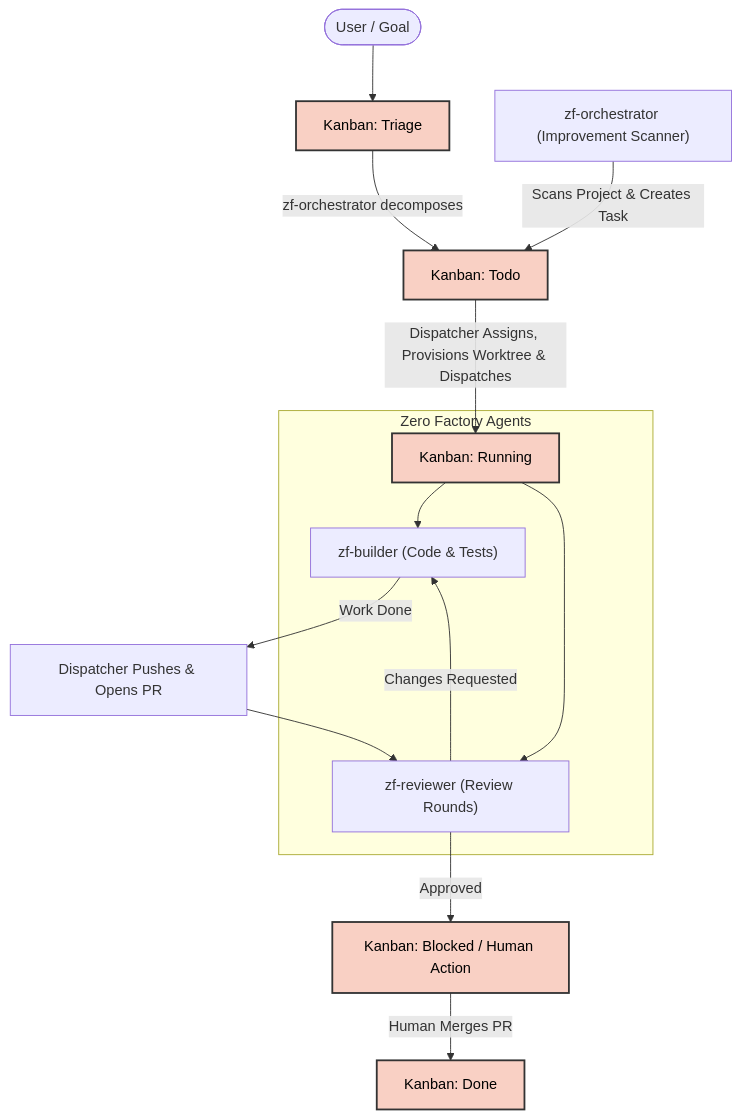
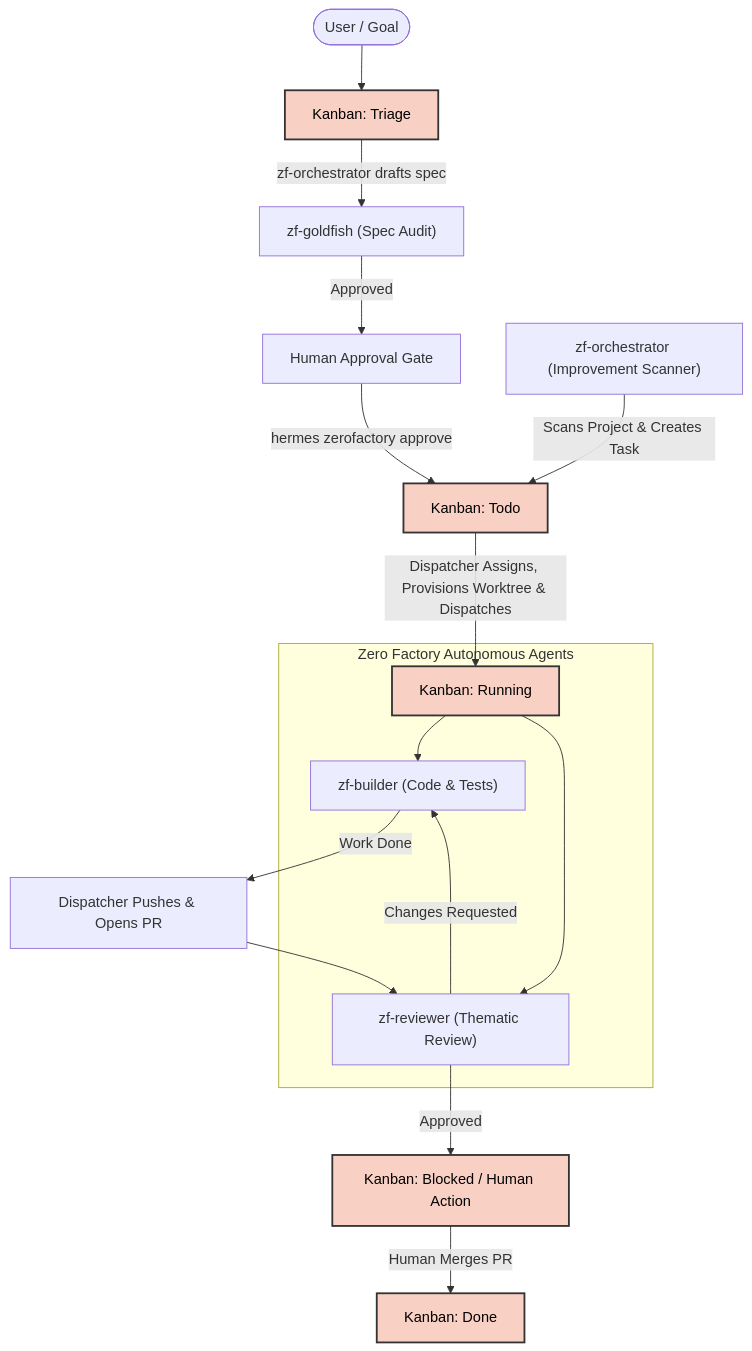
One commit to hotcode-dev/zerofactory changed the diagram in README.md. Above: the diagram before and after it, drawn with Mermaid. The commit also changed other lines of this file and 6 other files, not shown here.

````diff
--- a/README.md
+++ b/README.md
@@ -9,20 +9,22 @@
 ```mermaid
 graph TD
     classDef kanban fill:#f9d0c4,stroke:#333,stroke-width:2px,color:#000;
     
     User([User / Goal]) --> Triage[Kanban: Triage]:::kanban
-    Triage -->|zf-orchestrator decomposes| Todo[Kanban: Todo]:::kanban
+    Triage -->|zf-orchestrator drafts spec| Goldfish["zf-goldfish (Spec Audit)"]
+    Goldfish -->|Approved| HumanGate[Human Approval Gate]
+    HumanGate -->|hermes zerofactory approve| Todo[Kanban: Todo]:::kanban
     Scanner["zf-orchestrator (Improvement Scanner)"] -->|Scans Project & Creates Task| Todo
     Todo -->|Dispatcher Assigns, Provisions Worktree & Dispatches| Running[Kanban: Running]:::kanban
     
-    subgraph Zero Factory Agents
+    subgraph Zero Factory Autonomous Agents
         Running --> Builder["zf-builder (Code & Tests)"]
-        Running --> Reviewer["zf-reviewer (Review Rounds)"]
+        Running --> Reviewer["zf-reviewer (Thematic Review)"]
     end
     
     Builder -->|Work Done| PR[Dispatcher Pushes & Opens PR]
     PR --> Reviewer
     Reviewer -->|Changes Requested| Builder
     Reviewer -->|Approved| Blocked[Kanban: Blocked / Human Action]:::kanban
     Blocked -->|Human Merges PR| Done[Kanban: Done]:::kanban
 ```
````
